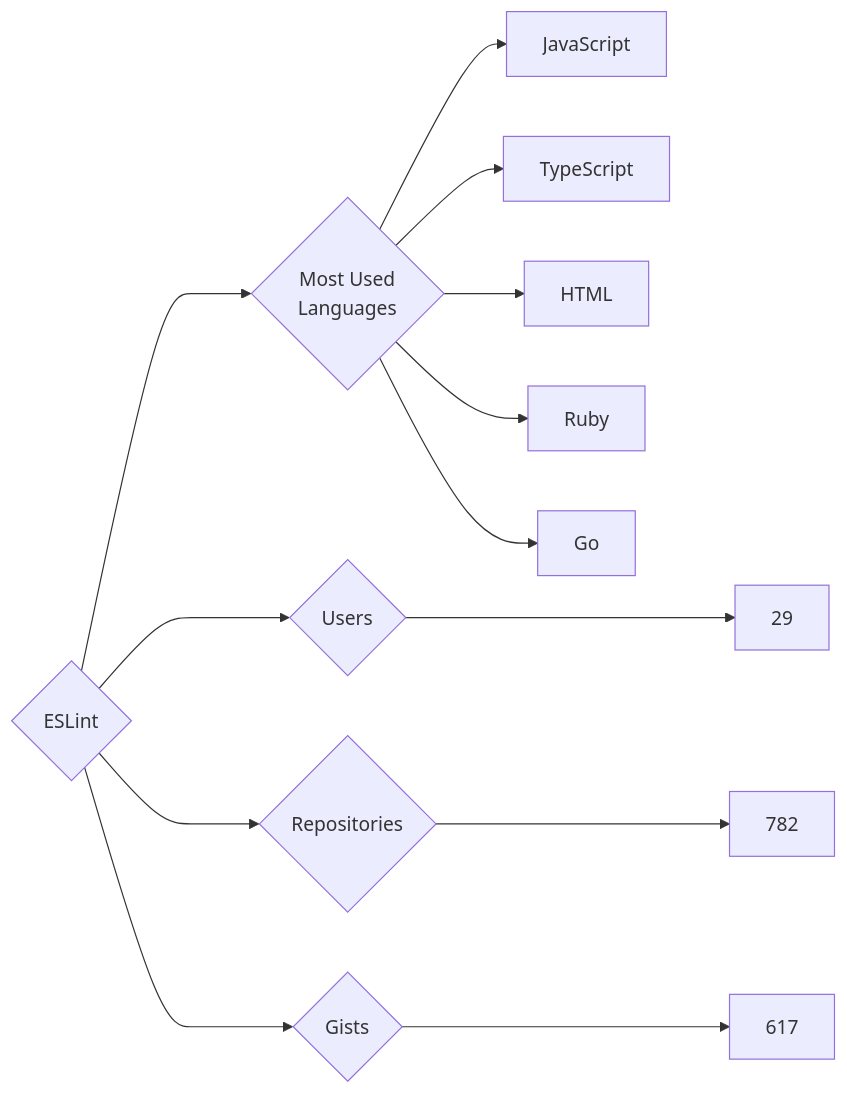
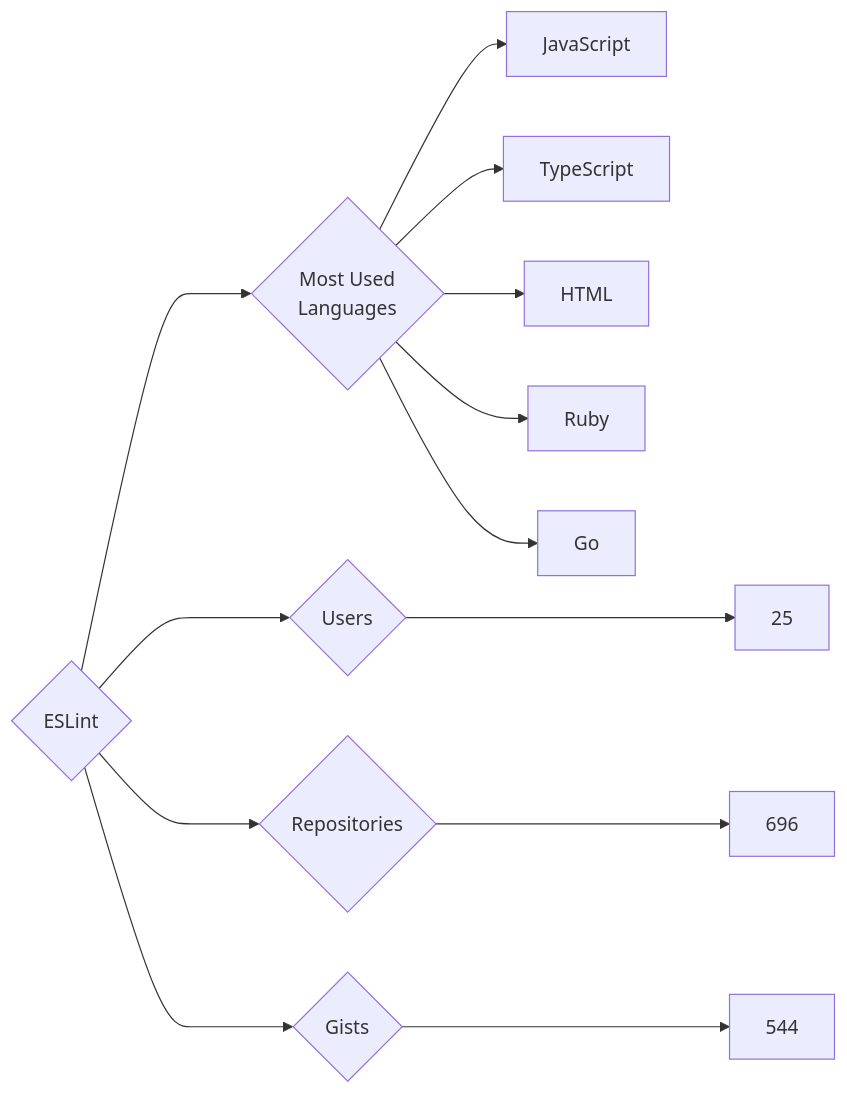
The diagram in targets/ESLint/README.md (trickest/insiders), drawn with Mermaid before and after one commit. The commit also changed 888 other files, not shown here.

````diff
--- a/targets/ESLint/README.md
+++ b/targets/ESLint/README.md
@@ -3,13 +3,13 @@
 ```mermaid
 graph LR
 COMPANY_NAME{ESLint}
-COMPANY_NAME ---> U{Users} ---> UN[29]
-COMPANY_NAME ---> R{Repositories} ---> RN[782]
-COMPANY_NAME ---> G{Gists} ---> GN[617]
+COMPANY_NAME ---> U{Users} ---> UN[25]
+COMPANY_NAME ---> R{Repositories} ---> RN[696]
+COMPANY_NAME ---> G{Gists} ---> GN[544]
 COMPANY_NAME ---> ML{Most Used<br>Languages}
 ML --> JavaScript[JavaScript]
 ML --> TypeScript[TypeScript]
 ML --> HTML[HTML]
 ML --> Ruby[Ruby]
 ML --> Go[Go]
 ```
````
